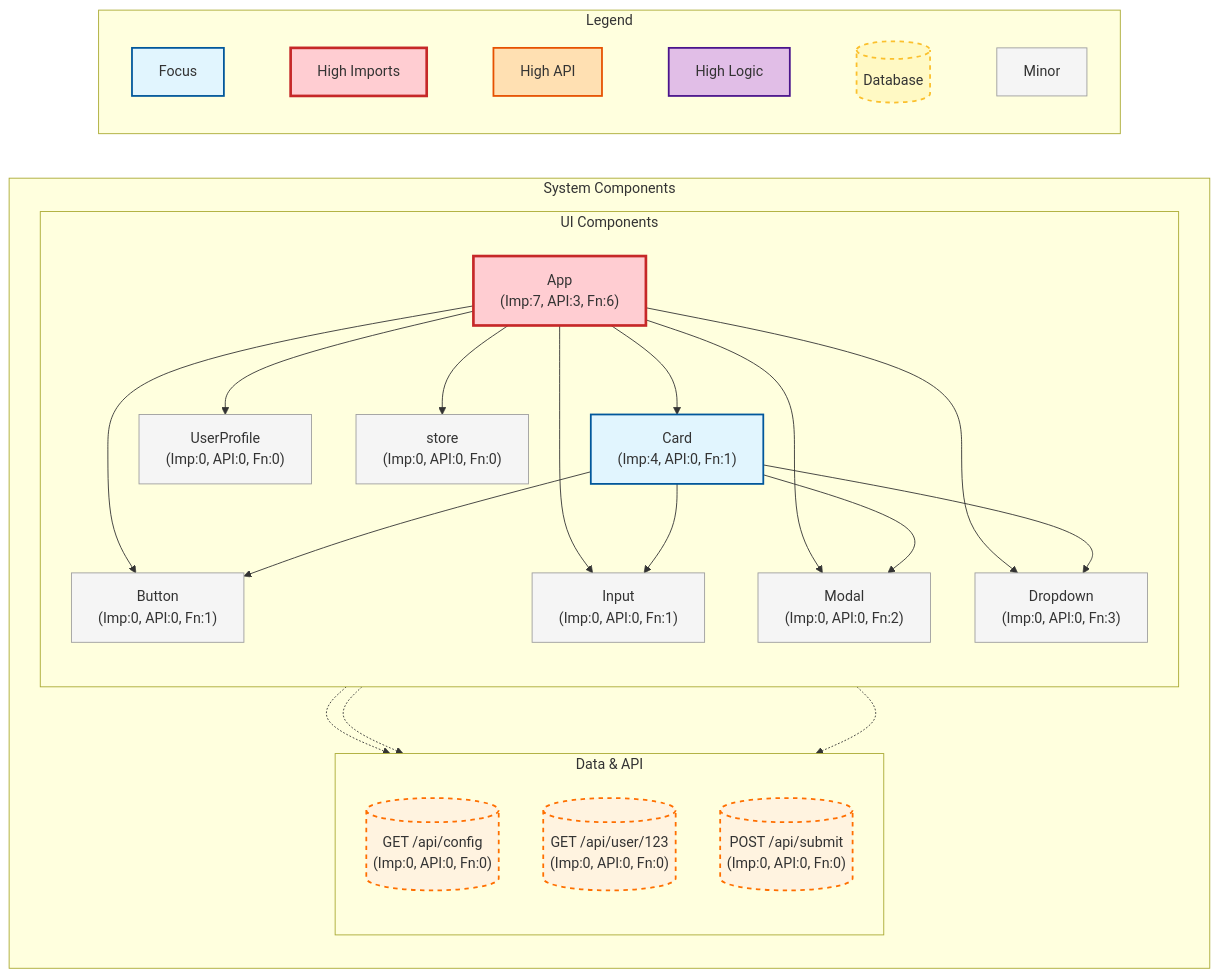
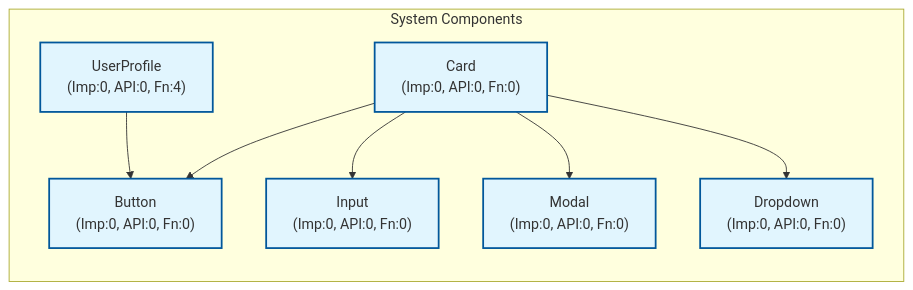
Before and after one commit to oslabs-beta/PatternBook: the first of 2 diagrams in services/test/fixtures/README.md, drawn with Mermaid. The commit also changed other lines of this file and 59 other files, not shown here.

````diff
--- a/services/test/fixtures/README.md
+++ b/services/test/fixtures/README.md
@@ -35,52 +34,22 @@
 ```mermaid
 graph TD;
     classDef component fill:#e1f5fe,stroke:#01579b,stroke-width:2px;
-    classDef highImports fill:#ffcdd2,stroke:#c62828,stroke-width:3px;
-    classDef highApi fill:#ffe0b2,stroke:#e65100,stroke-width:2px;
-    classDef highLogic fill:#e1bee7,stroke:#4a148c,stroke-width:2px;
     classDef database fill:#fff9c4,stroke:#fbc02d,stroke-width:2px,stroke-dasharray: 5 5;
     classDef api fill:#fff3e0,stroke:#ff6f00,stroke-width:2px,stroke-dasharray: 5 5;
     classDef hook fill:#f3e5f5,stroke:#7b1fa2,stroke-width:1px;
-    classDef store fill:#e0f2f1,stroke:#2e7d32,stroke-width:2px;
     classDef leaf fill:#f5f5f5,stroke:#9e9e9e,stroke-width:1px;
-    subgraph Legend
-        direction LR
-        L_Focus["Focus"]:::component ~~~ L_Imp["High Imports"]:::highImports ~~~ L_API["High API"]:::highApi ~~~ L_Logic["High Logic"]:::highLogic ~~~ L_DB[("Database")]:::database ~~~ L_Minor["Minor"]:::leaf
-    end
     subgraph System ["System Components"]
     direction TB
-    subgraph UI_Layer ["UI Components"]
-        direction TB
-    App["App\n(Imp:7, API:3, Fn:6)"]:::highImports
-    Card["Card\n(Imp:4, API:0, Fn:1)"]:::component
-    Button["Button\n(Imp:0, API:0, Fn:1)"]:::leaf
-    Input["Input\n(Imp:0, API:0, Fn:1)"]:::leaf
-    Modal["Modal\n(Imp:0, API:0, Fn:2)"]:::leaf
-    Dropdown["Dropdown\n(Imp:0, API:0, Fn:3)"]:::leaf
-    UserProfile["UserProfile\n(Imp:0, API:0, Fn:0)"]:::leaf
-    store["store\n(Imp:0, API:0, Fn:0)"]:::leaf
+    _Users_trisleo_codesmith_assignmnets__senior_PatternBook_services_test_fixtures_Button_tsx["Button\n(Imp:0, API:0, Fn:0)"]:::component
+    _Users_trisleo_codesmith_assignmnets__senior_PatternBook_services_test_fixtures_Card_tsx["Card\n(Imp:0, API:0, Fn:0)"]:::component
+    _Users_trisleo_codesmith_assignmnets__senior_PatternBook_services_test_fixtures_Dropdown_tsx["Dropdown\n(Imp:0, API:0, Fn:0)"]:::component
+    _Users_trisleo_codesmith_assignmnets__senior_PatternBook_services_test_fixtures_Input_tsx["Input\n(Imp:0, API:0, Fn:0)"]:::component
+    _Users_trisleo_codesmith_assignmnets__senior_PatternBook_services_test_fixtures_Modal_tsx["Modal\n(Imp:0, API:0, Fn:0)"]:::component
+    _Users_trisleo_codesmith_assignmnets__senior_PatternBook_services_test_fixtures_UserProfile_tsx["UserProfile\n(Imp:0, API:0, Fn:4)"]:::component
+    _Users_trisleo_codesmith_assignmnets__senior_PatternBook_services_test_fixtures_Card_tsx --> _Users_trisleo_codesmith_assignmnets__senior_PatternBook_services_test_fixtures_Button_tsx
+    _Users_trisleo_codesmith_assignmnets__senior_PatternBook_services_test_fixtures_Card_tsx --> _Users_trisleo_codesmith_assignmnets__senior_PatternBook_services_test_fixtures_Input_tsx
+    _Users_trisleo_codesmith_assignmnets__senior_PatternBook_services_test_fixtures_Card_tsx --> _Users_trisleo_codesmith_assignmnets__senior_PatternBook_services_test_fixtures_Modal_tsx
+    _Users_trisleo_codesmith_assignmnets__senior_PatternBook_services_test_fixtures_Card_tsx --> _Users_trisleo_codesmith_assignmnets__senior_PatternBook_services_test_fixtures_Dropdown_tsx
+    _Users_trisleo_codesmith_assignmnets__senior_PatternBook_services_test_fixtures_UserProfile_tsx --> _Users_trisleo_codesmith_assignmnets__senior_PatternBook_services_test_fixtures_Button_tsx
     end
-    subgraph Data_Layer ["Data & API"]
-        direction TB
-    API_GET__api_config[("GET /api/config\n(Imp:0, API:0, Fn:0)")]:::api
-    API_GET__api_user_123[("GET /api/user/123\n(Imp:0, API:0, Fn:0)")]:::api
-    API_POST__api_submit[("POST /api/submit\n(Imp:0, API:0, Fn:0)")]:::api
-    end
-    App --> Card
-    App --> Button
-    App --> Input
-    App --> Modal
-    App --> Dropdown
-    App --> UserProfile
-    App --> store
-    App -.-> API_GET__api_config
-    App -.-> API_GET__api_user_123
-    App -.-> API_POST__api_submit
-    Card --> Button
-    Card --> Input
-    Card --> Modal
-    Card --> Dropdown
-    end
-    UI_Layer ~~~ Data_Layer
-    Legend ~~~ System
 ```
````
